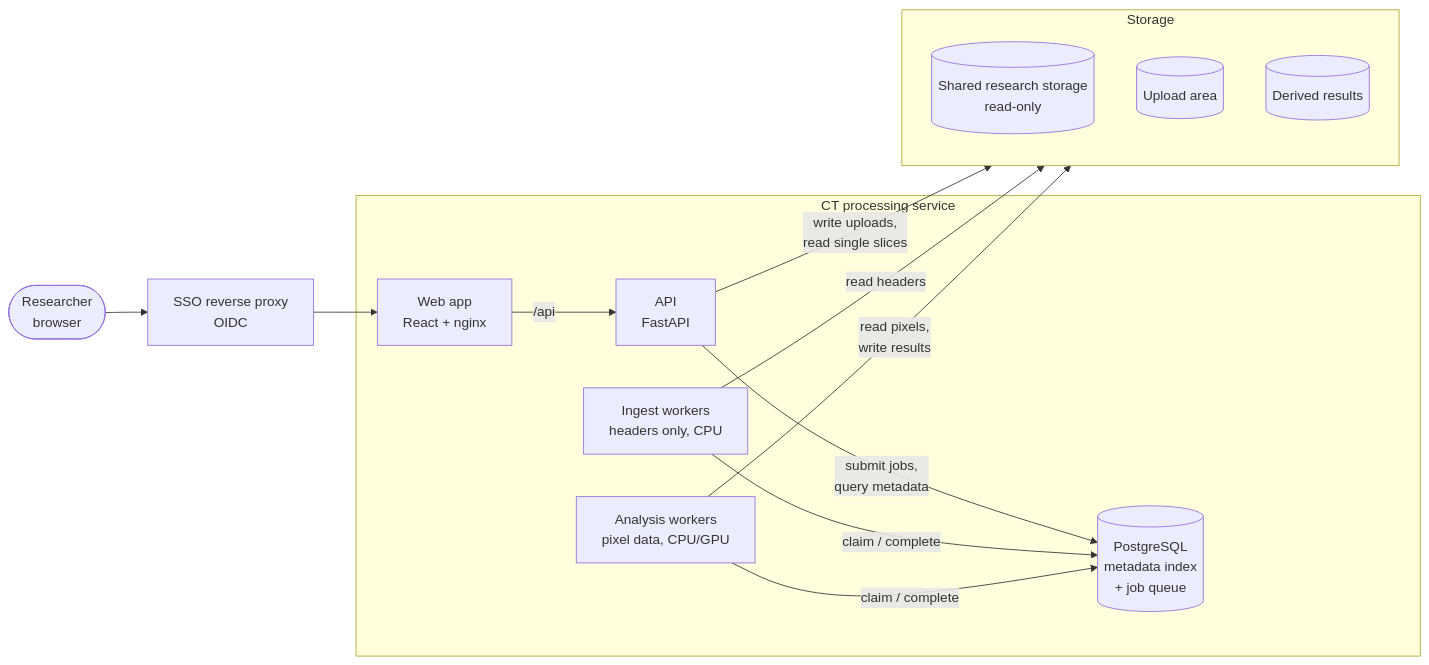
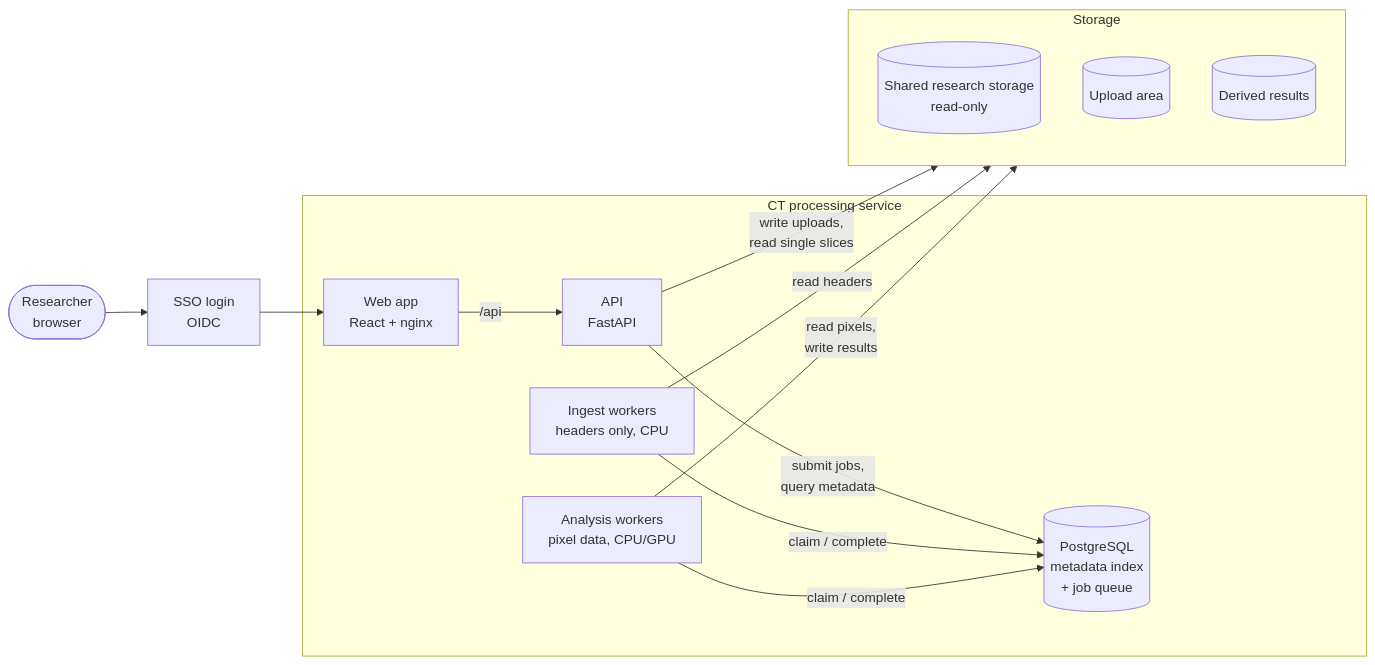
One commit to GilElbaz-Code/ct-dicom-viewer changed the first of 4 diagrams in docs/design.md. Above: the diagram before and after it, drawn with Mermaid. The commit also changed other lines of this file and 18 other files, not shown here.

````diff
--- a/docs/design.md
+++ b/docs/design.md
@@ -28,18 +29,18 @@
 ```mermaid
 flowchart LR
-    user([Researcher<br/>browser]) --> sso[SSO reverse proxy<br/>OIDC] --> web
+    user([Researcher<br/>browser]) --> sso[SSO login<br/>OIDC] --> web
     subgraph app[CT processing service]
         web[Web app<br/>React + nginx] -- /api --> api[API<br/>FastAPI]
         api -- submit jobs,<br/>query metadata --> db[(PostgreSQL<br/>metadata index<br/>+ job queue)]
         wi[Ingest workers<br/>headers only, CPU] -- claim / complete --> db
         wa[Analysis workers<br/>pixel data, CPU/GPU] -- claim / complete --> db
     end
     subgraph storage[Storage]
         nas[(Shared research storage<br/>read-only)]
         up[(Upload area)]
         der[(Derived results)]
     end
     api -- write uploads,<br/>read single slices --> storage
     wi -- read headers --> storage
     wa -- read pixels,<br/>write results --> storage
 ```
````
